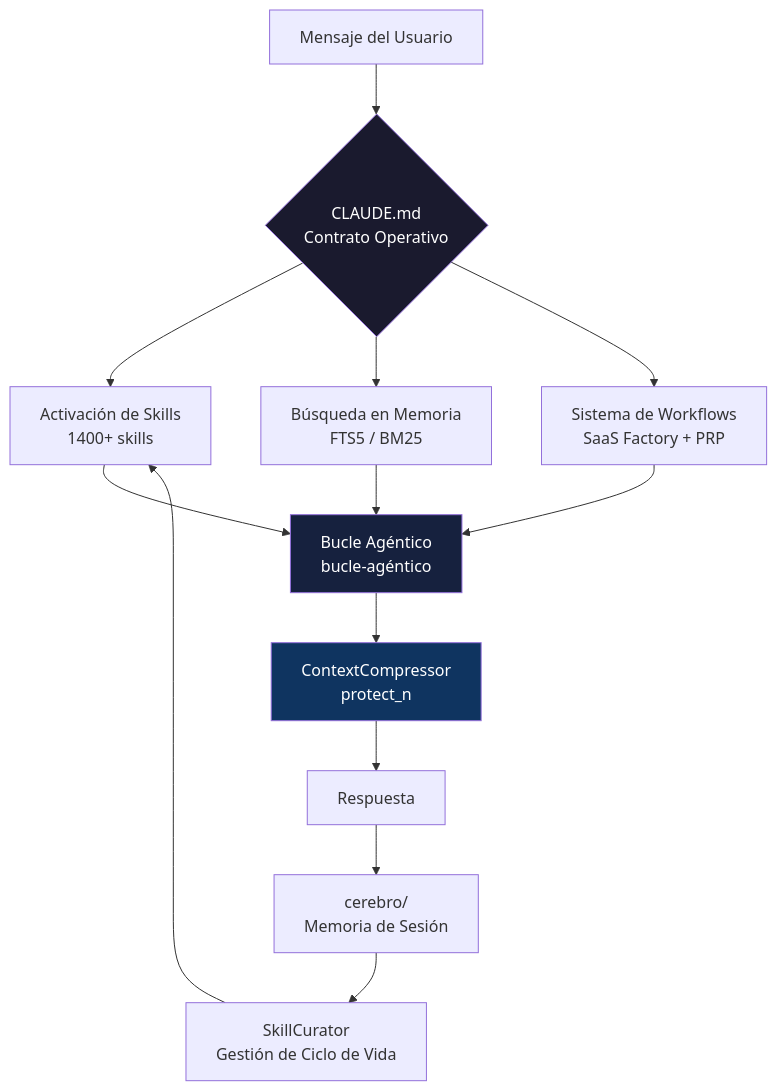
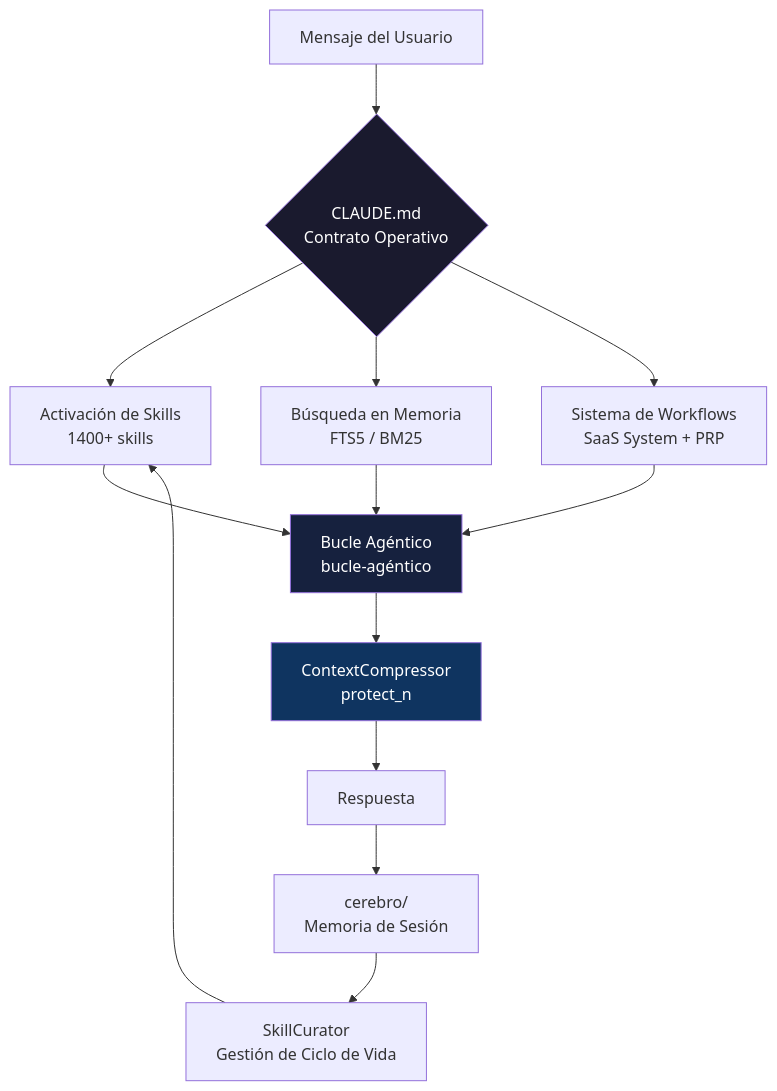
The first of 2 diagrams in README.es.md (Ignvvcio254/Jarvis-254-Agent), drawn with Mermaid before and after one commit. The commit also changed other lines of this file and 17 other files, not shown here.

Commit message:
refactor: rename SaaS Factory → SaaS System across all docs and code

````diff
--- a/README.es.md
+++ b/README.es.md
@@ -116,22 +116,22 @@
 ```mermaid
 graph TD
     A[Mensaje del Usuario] --> B{CLAUDE.md\nContrato Operativo}
     B --> C[Activación de Skills\n1400+ skills]
     B --> D[Búsqueda en Memoria\nFTS5 / BM25]
-    B --> E[Sistema de Workflows\nSaaS Factory + PRP]
+    B --> E[Sistema de Workflows\nSaaS System + PRP]
 
     C --> F[Bucle Agéntico\nbucle-agéntico]
     D --> F
     E --> F
 
     F --> G[ContextCompressor\nprotect_n]
     G --> H[Respuesta]
 
     H --> I[cerebro/\nMemoria de Sesión]
     I --> J[SkillCurator\nGestión de Ciclo de Vida]
     J --> C
 
     style B fill:#1a1a2e,color:#fff
     style F fill:#16213e,color:#fff
     style G fill:#0f3460,color:#fff
 ```
````
